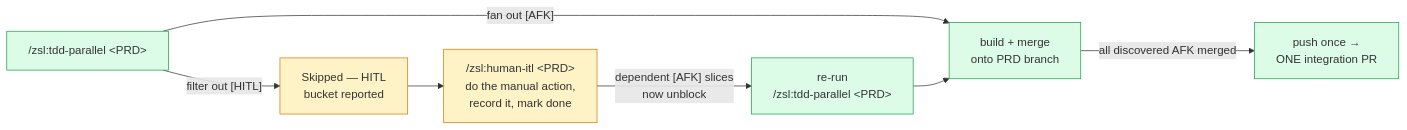
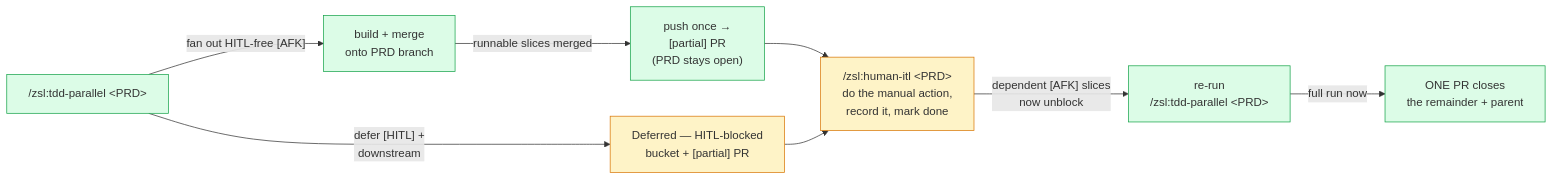
The second of 2 diagrams in docs/tdd-parallel.md (ZunoSmartLabs/zsl-superpowers), drawn with Mermaid before and after one commit. The commit also changed other lines of this file and 21 other files, not shown here.

````diff
--- a/docs/tdd-parallel.md
+++ b/docs/tdd-parallel.md
@@ -133,14 +173,15 @@
 ```mermaid
 flowchart LR
-    tp["/zsl:tdd-parallel &lt;PRD&gt;"] -->|"filter out [HITL]"| skip["Skipped — HITL<br/>bucket reported"]
-    tp -->|"fan out [AFK]"| afk["build + merge<br/>onto PRD branch"]
-    skip --> hi["/zsl:human-itl &lt;PRD&gt;<br/>do the manual action,<br/>record it, mark done"]
+    tp["/zsl:tdd-parallel &lt;PRD&gt;"] -->|"defer [HITL] +<br/>downstream"| skip["Deferred — HITL-blocked<br/>bucket + [partial] PR"]
+    tp -->|"fan out HITL-free [AFK]"| afk["build + merge<br/>onto PRD branch"]
+    afk -->|"runnable slices merged"| ppr["push once →<br/>[partial] PR<br/>(PRD stays open)"]
+    ppr --> hi["/zsl:human-itl &lt;PRD&gt;<br/>do the manual action,<br/>record it, mark done"]
+    skip --> hi
     hi -->|"dependent [AFK] slices<br/>now unblock"| rerun["re-run<br/>/zsl:tdd-parallel &lt;PRD&gt;"]
-    rerun --> afk
-    afk -->|"all discovered AFK merged"| pr["push once →<br/>ONE integration PR"]
+    rerun -->|"full run now"| pr["ONE PR closes<br/>the remainder + parent"]
 
     classDef good fill:#dcfce7,stroke:#16a34a;
     classDef ok fill:#fef3c7,stroke:#d97706;
-    class tp,afk,rerun,pr good
+    class tp,afk,rerun,pr,ppr good
     class skip,hi ok
 ```
````
